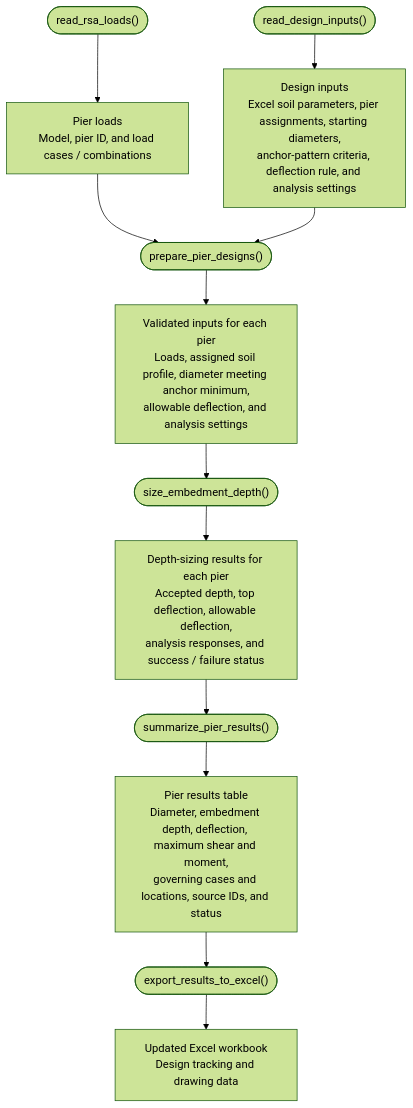
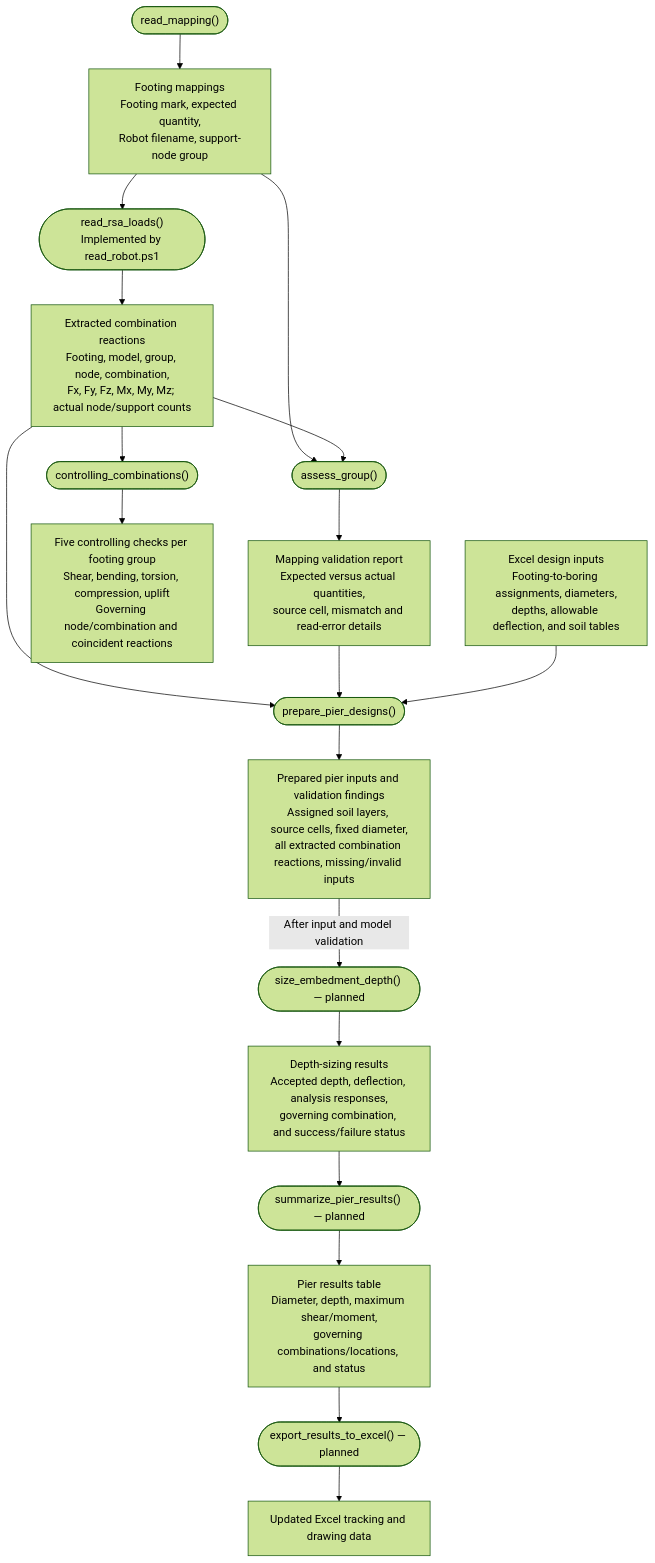
Before and after one commit to yosso/agentic_agents: the diagram in drilled_pier_design.md, drawn with Mermaid (forest theme). The commit also changed other lines of this file and 38 other files, not shown here.

````diff
--- a/drilled_pier_design.md
+++ b/drilled_pier_design.md
@@ -15,27 +17,39 @@
 ```mermaid
 flowchart TD
-    LOADS(["read_rsa_loads()"])
-    LOAD_DATA["Pier loads<br/>Model, pier ID, and load cases / combinations"]
-    INPUTS(["read_design_inputs()"])
-    INPUT_DATA["Design inputs<br/>Excel soil parameters, pier assignments, starting diameters,<br/>anchor-pattern criteria, deflection rule, and analysis settings"]
+    INPUTS(["read_mapping()"])
+    MAPPING["Footing mappings<br/>Footing mark, expected quantity,<br/>Robot filename, support-node group"]
+    LOADS(["read_rsa_loads()<br/>Implemented by read_robot.ps1"])
+    LOAD_DATA["Extracted combination reactions<br/>Footing, model, group, node, combination,<br/>Fx, Fy, Fz, Mx, My, Mz; actual node/support counts"]
+    CHECK(["assess_group()"])
+    CHECK_DATA["Mapping validation report<br/>Expected versus actual quantities,<br/>source cell, mismatch and read-error details"]
+    CONTROL(["controlling_combinations()"])
+    CONTROL_DATA["Five controlling checks per footing group<br/>Shear, bending, torsion, compression, uplift<br/>Governing node/combination and coincident reactions"]
+    EXCEL["Excel design inputs<br/>Footing-to-boring assignments, diameters,<br/>depths, allowable deflection, and soil tables"]
     ASSEMBLE(["prepare_pier_designs()"])
-    PIER_DATA["Validated inputs for each pier<br/>Loads, assigned soil profile, diameter meeting anchor minimum,<br/>allowable deflection, and analysis settings"]
-    SIZE(["size_embedment_depth()"])
-    ANALYSIS_DATA["Depth-sizing results for each pier<br/>Accepted depth, top deflection, allowable deflection,<br/>analysis responses, and success / failure status"]
-    FORCES(["summarize_pier_results()"])
-    RESULT_DATA["Pier results table<br/>Diameter, embedment depth, deflection, maximum shear and moment,<br/>governing cases and locations, source IDs, and status"]
-    EXPORT(["export_results_to_excel()"])
-    WORKBOOK["Updated Excel workbook<br/>Design tracking and drawing data"]
+    PIER_DATA["Prepared pier inputs and validation findings<br/>Assigned soil layers, source cells, fixed diameter,<br/>all extracted combination reactions, missing/invalid inputs"]
+    SIZE(["size_embedment_depth() — planned"])
+    ANALYSIS_DATA["Depth-sizing results<br/>Accepted depth, deflection, analysis responses,<br/>governing combination, and success/failure status"]
+    FORCES(["summarize_pier_results() — planned"])
+    RESULT_DATA["Pier results table<br/>Diameter, depth, maximum shear/moment,<br/>governing combinations/locations, and status"]
+    EXPORT(["export_results_to_excel() — planned"])
+    WORKBOOK["Updated Excel tracking and drawing data"]
 
+    INPUTS --> MAPPING
+    MAPPING --> LOADS
     LOADS --> LOAD_DATA
-    INPUTS --> INPUT_DATA
+    MAPPING --> CHECK
+    LOAD_DATA --> CHECK
+    CHECK --> CHECK_DATA
+    LOAD_DATA --> CONTROL
+    CONTROL --> CONTROL_DATA
     LOAD_DATA --> ASSEMBLE
-    INPUT_DATA --> ASSEMBLE
+    CHECK_DATA --> ASSEMBLE
+    EXCEL --> ASSEMBLE
     ASSEMBLE --> PIER_DATA
-    PIER_DATA --> SIZE
+    PIER_DATA -->|After input and model validation| SIZE
     SIZE --> ANALYSIS_DATA
     ANALYSIS_DATA --> FORCES
     FORCES --> RESULT_DATA
     RESULT_DATA --> EXPORT
     EXPORT --> WORKBOOK
 ```
````
